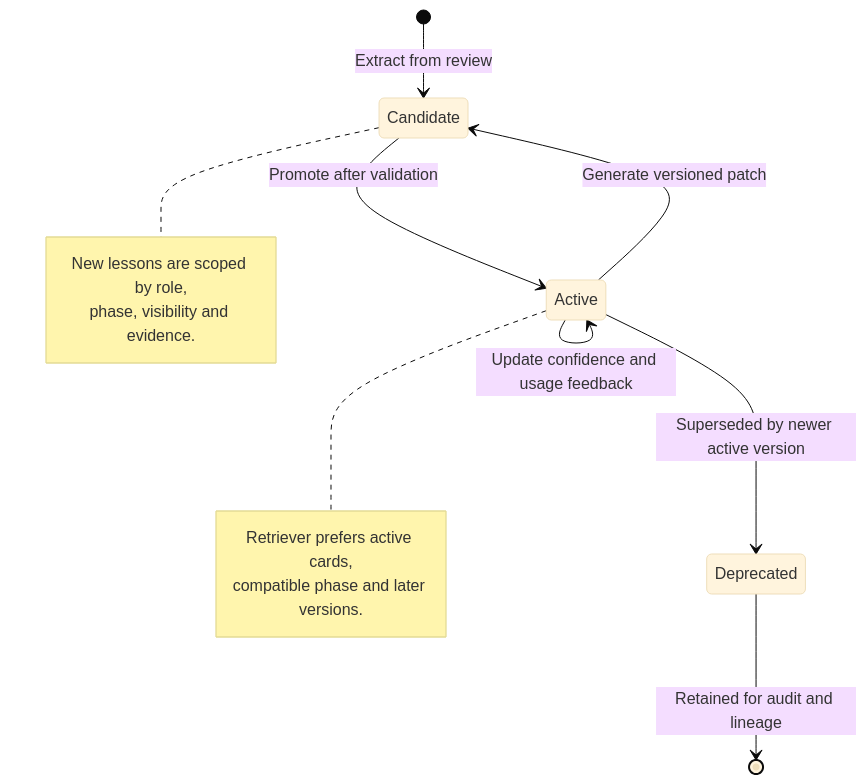
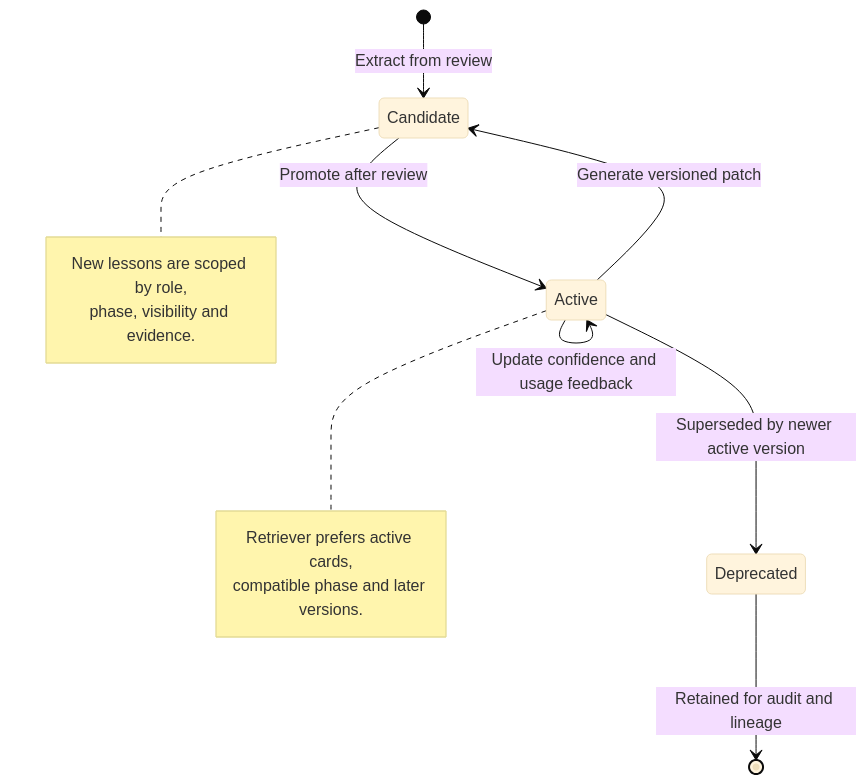
One commit to wxhfy/AIwerewolf changed the sixth of 7 diagrams in docs/ENGINEERING_ARCHITECTURE.md. Above: the diagram before and after it, drawn with Mermaid (base theme). The commit also changed other lines of this file and 43 other files, not shown here.

````diff
--- a/docs/ENGINEERING_ARCHITECTURE.md
+++ b/docs/ENGINEERING_ARCHITECTURE.md
@@ -381,22 +381,22 @@
 ```mermaid
 stateDiagram-v2
     accTitle: Strategy Knowledge Lifecycle
     accDescr: Lifecycle of Track C strategy knowledge from candidate lessons to active strategy cards, usage feedback, versioned updates and retained deprecated records.
 
     [*] --> Candidate: Extract from review
-    Candidate --> Active: Promote after validation
+    Candidate --> Active: Promote after review
     Active --> Active: Update confidence and usage feedback
     Active --> Candidate: Generate versioned patch
     Active --> Deprecated: Superseded by newer active version
     Deprecated --> [*]: Retained for audit and lineage
 
     note right of Candidate
         New lessons are scoped by role,
         phase, visibility and evidence.
     end note
 
     note right of Active
         Retriever prefers active cards,
         compatible phase and later versions.
     end note
 ```
````
